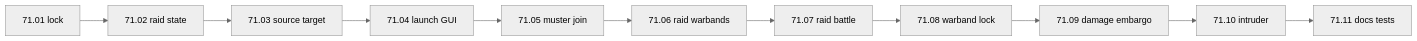
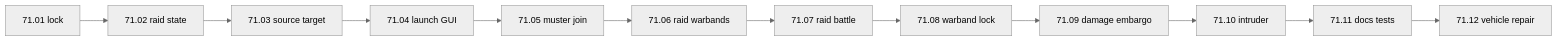
Before and after one commit to Drefvelin/ProvinceSystem: the diagram in Planning/batches/step-71/00-index.md, drawn with Mermaid (neutral theme). The commit also changed other lines of this file and 35 other files, not shown here.

````diff
--- a/Planning/batches/step-71/00-index.md
+++ b/Planning/batches/step-71/00-index.md
@@ -30,13 +30,14 @@
 ```mermaid
 flowchart LR
   lock[71.01 lock] --> state[71.02 raid state]
   state --> elig[71.03 source target]
   elig --> gui[71.04 launch GUI]
   gui --> muster[71.05 muster join]
   muster --> bands[71.06 raid warbands]
   bands --> fight[71.07 raid battle]
   fight --> signup[71.08 warband lock]
   signup --> damage[71.09 damage embargo]
   damage --> intruder[71.10 intruder]
   intruder --> verify[71.11 docs tests]
+  verify --> vehicleRepair[71.12 vehicle repair]
 ```
````
